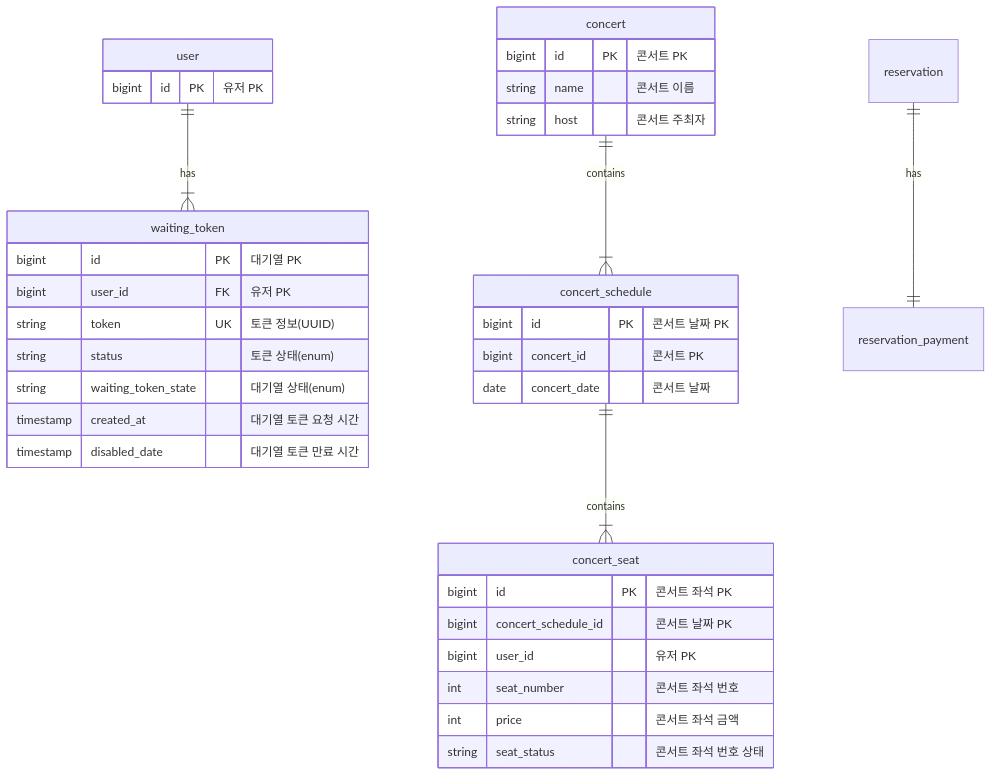
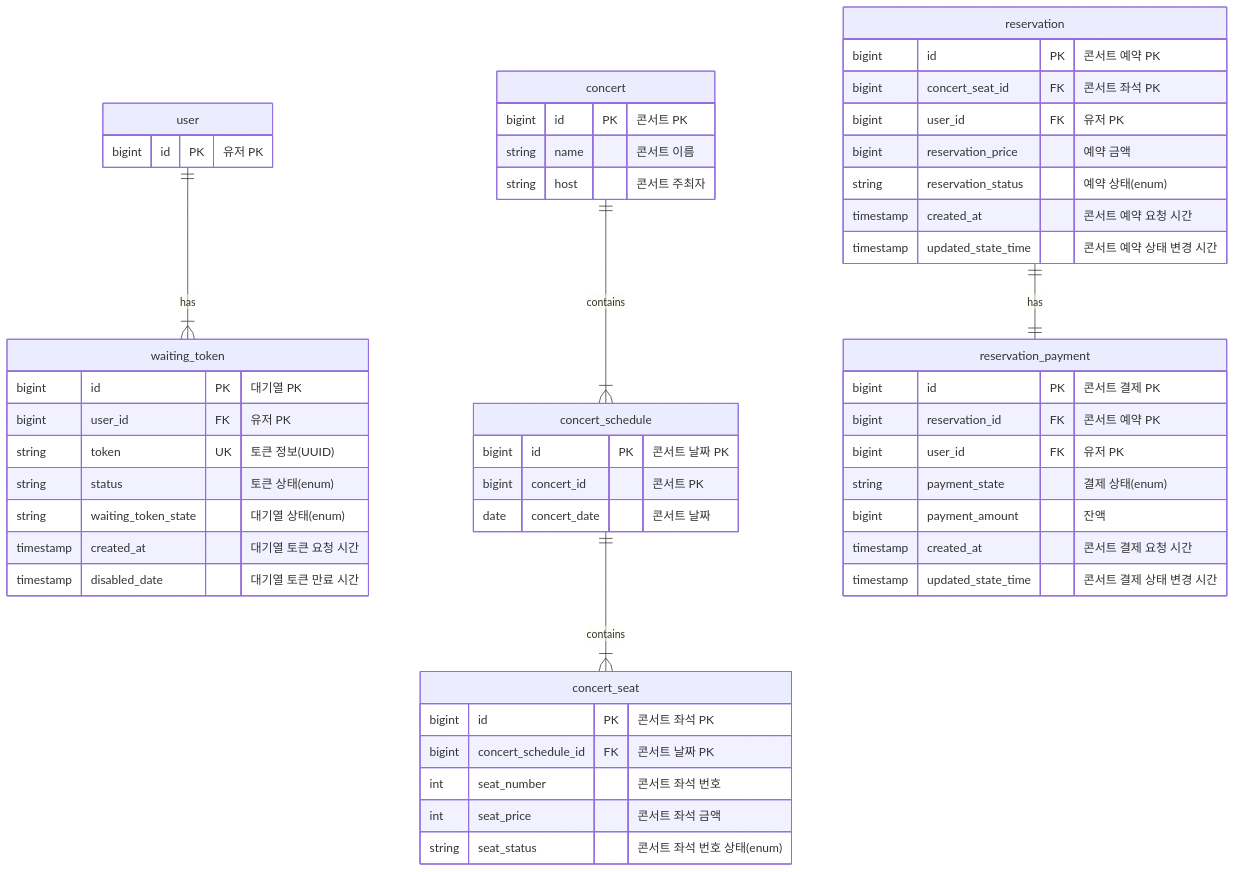
One commit to kdelay/Concert-Booking changed the diagram in documents/erd_diagram.md. Above: the diagram before and after it, drawn with Mermaid.

Commit message:
docs: [#3] 누락 커밋 추가

````diff
--- a/documents/erd_diagram.md
+++ b/documents/erd_diagram.md
@@ -1,53 +1,79 @@
 ```mermaid
 erDiagram
     %% 사용자
     user {
         bigint id PK "유저 PK"
     }
 
     %% 대기열 토큰 정보
     %% user(1) : waiting_slot(N)
     waiting_token {
         bigint id PK "대기열 PK"
         bigint user_id FK "유저 PK"
         
         string token UK "토큰 정보(UUID)"
         %% ACTIVE(활성화), DISABLED(비활성화)
         string status "토큰 상태(enum)"
         
         %% WAITING(미진입, 대기중), AVAILABLE(토큰 만료 시간 측정)
         string waiting_token_state "대기열 상태(enum)"
         timestamp created_at "대기열 토큰 요청 시간"
         timestamp disabled_date "대기열 토큰 만료 시간"
     }
 
     %% 콘서트
     concert {
         bigint id PK "콘서트 PK"
         string name "콘서트 이름"
         string host "콘서트 주최자"
     }
 
     %% concert(1) : concert_schedule(N)
     concert_schedule {
         bigint id PK "콘서트 날짜 PK"
         bigint concert_id "콘서트 PK"
         date concert_date "콘서트 날짜"
     }
 
     %% concert_schedule(1) : concert_seat(N)
     concert_seat {
         bigint id PK "콘서트 좌석 PK"
-        bigint concert_schedule_id "콘서트 날짜 PK"
-        bigint user_id "유저 PK"
+        bigint concert_schedule_id FK "콘서트 날짜 PK"
         int seat_number "콘서트 좌석 번호"
-        int price "콘서트 좌석 금액"
-        %% NONE, PENDING(보류중), RESERVED(예약됨)
-        string seat_status "콘서트 좌석 번호 상태"
+        int seat_price "콘서트 좌석 금액"
+        %% AVAILABLE(예약 가능), PENDING(보류중), RESERVED(예약됨)
+        string seat_status "콘서트 좌석 번호 상태(enum)"
+    }
+    
+    %% 예약
+    %% user(N) : reservation(M) --> TODO 로직상 연결. 다대다?
+    %% TODO 예약에서는 콘서트에 관한 정보를 들고 있으면 안되는지?(콘서트 좌석 PK)
+    reservation {
+        bigint id PK "콘서트 예약 PK"
+        bigint concert_seat_id FK "콘서트 좌석 PK"
+        bigint user_id FK "유저 PK"
+        bigint reservation_price "예약 금액"
+        %% WAITING(대기중), RESERVED(예약됨)
+        string reservation_status "예약 상태(enum)"
+        timestamp created_at "콘서트 예약 요청 시간"
+        timestamp updated_state_time "콘서트 예약 상태 변경 시간"
+    }
+    
+    %% 결제
+    %% reservation(1) : reservation_payment(1)
+    reservation_payment {
+        bigint id PK "콘서트 결제 PK"
+        bigint reservation_id FK "콘서트 예약 PK"
+        bigint user_id FK "유저 PK"
+        %% WAITING(결제 대기), COMPLETED(결제 완료), CANCELED(결제 취소)
+        string payment_state "결제 상태(enum)"
+        bigint payment_amount "잔액"
+        timestamp created_at "콘서트 결제 요청 시간"
+        timestamp updated_state_time "콘서트 결제 상태 변경 시간"
     }
 
     user ||--|{ waiting_token : has
     concert ||--|{ concert_schedule : contains
     concert_schedule ||--|{ concert_seat : contains
     reservation ||--|| reservation_payment : has
 ```
````
